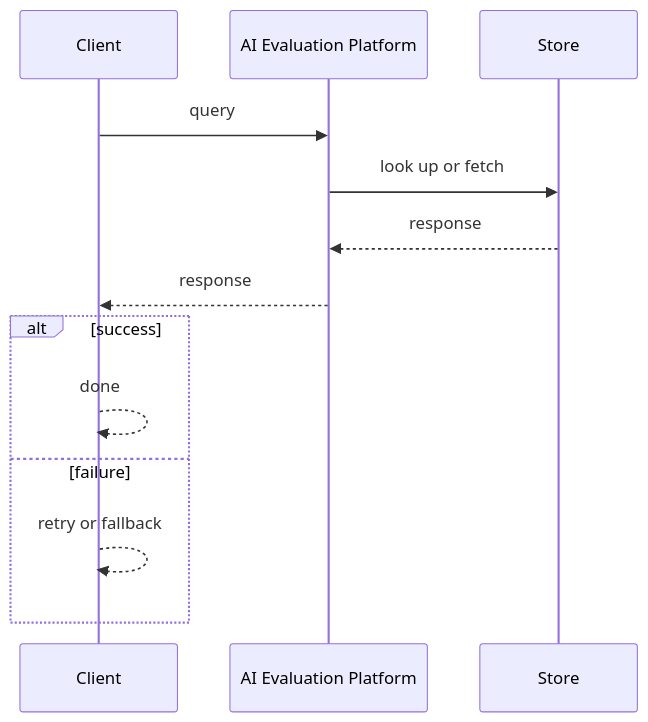
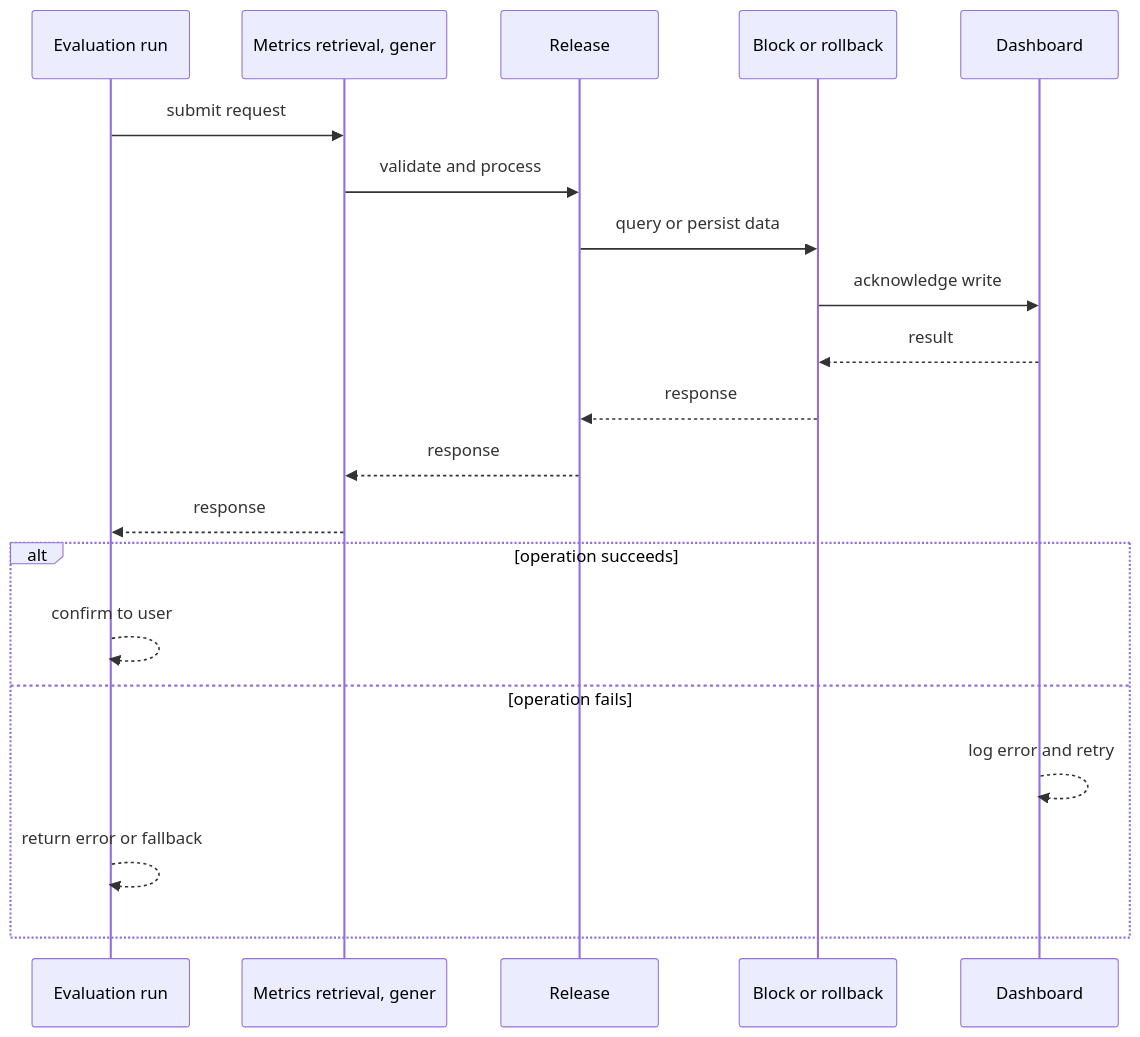
One commit to RIT-MESH/system-design-mastery changed the diagram in diagrams/case-studies/ai-evaluation-platform/request-sequence.mmd. Above: the diagram before and after it, drawn with Mermaid. The commit also changed 127 other files, not shown here.

First line of the commit message:
Improve all case study diagrams: case-specific sequences, fix truncated labels

```diff
--- a/diagrams/case-studies/ai-evaluation-platform/request-sequence.mmd
+++ b/diagrams/case-studies/ai-evaluation-platform/request-sequence.mmd
@@ -1,14 +1,21 @@
 %% created-for: system-design-mastery
 sequenceDiagram
-  participant P0 as Client
-  participant P1 as AI Evaluation Platform
-  participant P2 as Store
-  P0 ->> P1: query
-  P1 ->> P2: look up or fetch
+  participant P0 as Evaluation run
+  participant P1 as Metrics retrieval, gener
+  participant P2 as Release
+  participant P3 as Block or rollback
+  participant P4 as Dashboard
+  P0 ->> P1: submit request
+  P1 ->> P2: validate and process
+  P2 ->> P3: query or persist data
+  P3 ->> P4: acknowledge write
+  P4 -->> P3: result
+  P3 -->> P2: response
   P2 -->> P1: response
   P1 -->> P0: response
-  alt success
-    P0 -->> P0: done
-  else failure
-    P0 -->> P0: retry or fallback
+  alt operation succeeds
+    P0 -->> P0: confirm to user
+  else operation fails
+    P4 -->> P4: log error and retry
+    P0 -->> P0: return error or fallback
   end
```
